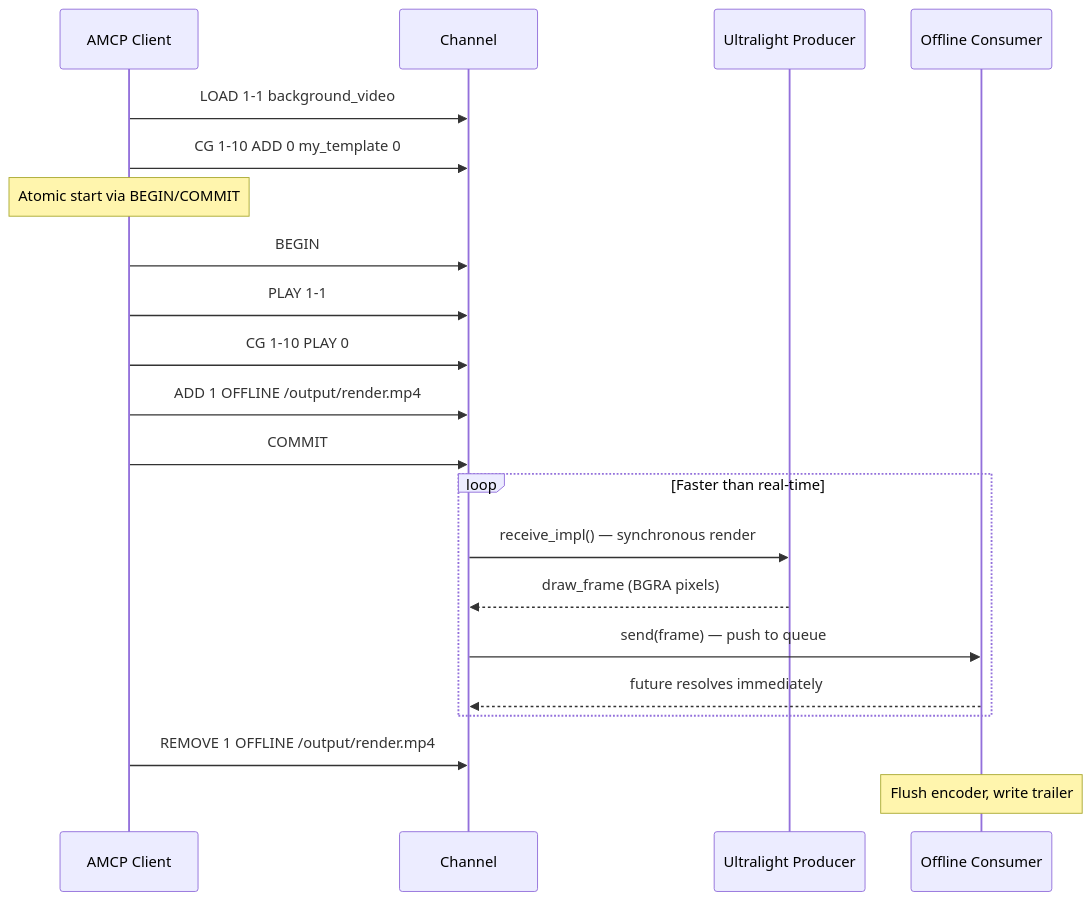
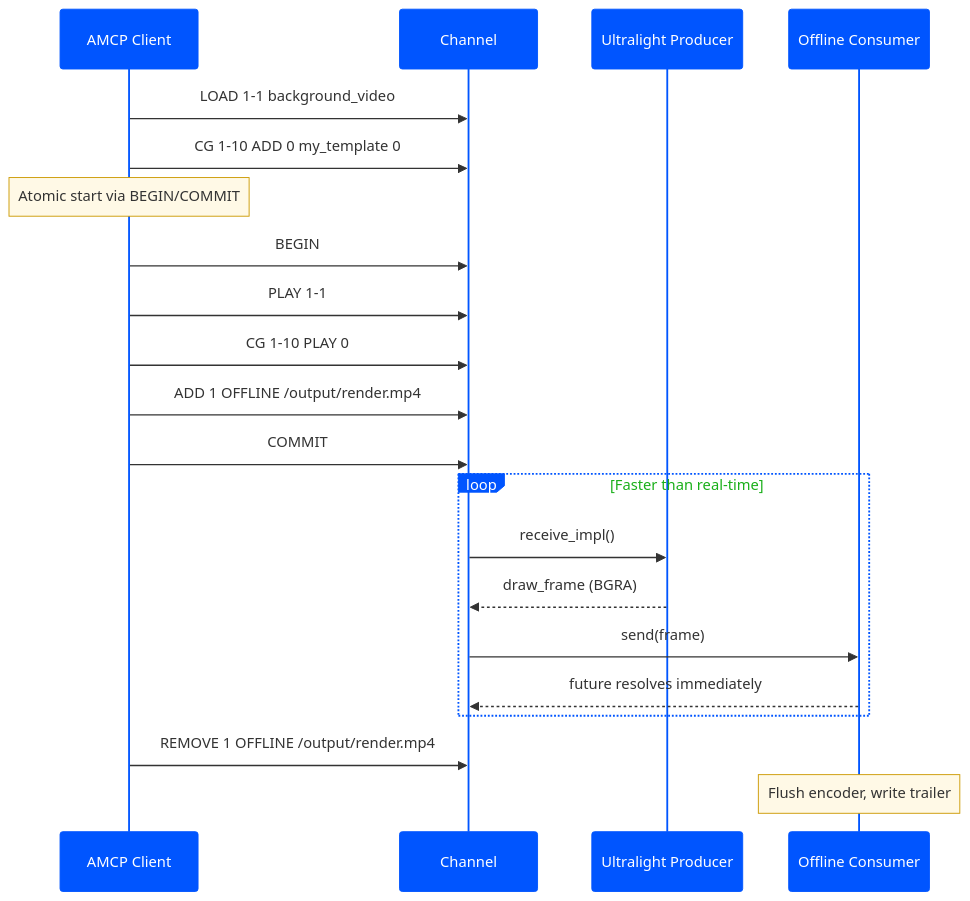
Before and after one commit to den-frie-vilje/casparCG: the tenth of 10 diagrams in docs/architecture.md, drawn with Mermaid. The commit also changed other lines of this file, not shown here.

Commit message:
docs: style all sequence diagrams and OpenGL diagram

````diff
--- a/docs/architecture.md
+++ b/docs/architecture.md
@@ -704,27 +712,28 @@
 ```mermaid
+%%{init: {'theme': 'base', 'themeVariables': { 'actorBkg': '#0055FF', 'actorTextColor': '#FFF', 'actorBorder': '#0055FF', 'activationBkgColor': '#E8F0FE', 'activationBorderColor': '#0055FF', 'signalColor': '#333', 'signalTextColor': '#333', 'noteBkgColor': '#FFF9E6', 'noteBorderColor': '#CC9900', 'noteTextColor': '#333', 'loopTextColor': '#1AAF1A' }}}%%
 sequenceDiagram
     participant A as AMCP Client
     participant CH as Channel
     participant UL as Ultralight Producer
     participant OC as Offline Consumer
 
     A->>CH: LOAD 1-1 background_video
     A->>CH: CG 1-10 ADD 0 my_template 0
 
     Note over A: Atomic start via BEGIN/COMMIT
     A->>CH: BEGIN
     A->>CH: PLAY 1-1
     A->>CH: CG 1-10 PLAY 0
     A->>CH: ADD 1 OFFLINE /output/render.mp4
     A->>CH: COMMIT
 
     loop Faster than real-time
-        CH->>UL: receive_impl() — synchronous render
-        UL-->>CH: draw_frame (BGRA pixels)
-        CH->>OC: send(frame) — push to queue
+        CH->>UL: receive_impl()
+        UL-->>CH: draw_frame (BGRA)
+        CH->>OC: send(frame)
         OC-->>CH: future resolves immediately
     end
 
     A->>CH: REMOVE 1 OFFLINE /output/render.mp4
     Note over OC: Flush encoder, write trailer
 ```
````
